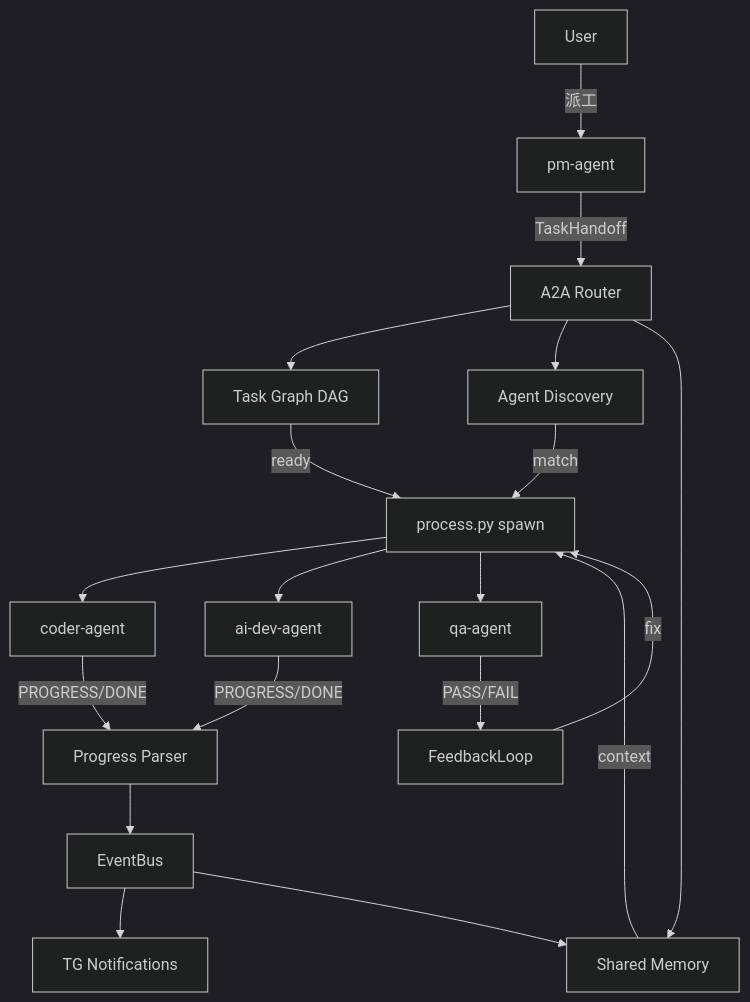
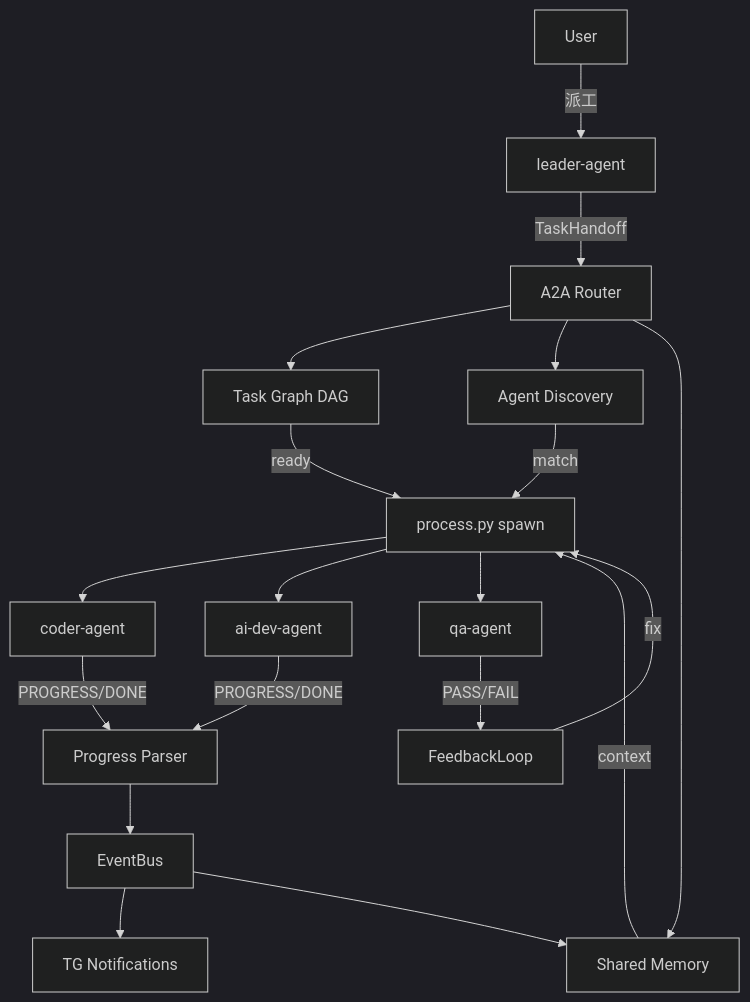
One commit to igs-paddyyang-tw/paddy-team-agent changed the diagram in docs/designs/a2a-collaboration-design.md. Above: the diagram before and after it, drawn with Mermaid (dark theme). The commit also changed other lines of this file and 124 other files, not shown here.

First line of the commit message:
refactor: rename pm-agent → leader-agent

````diff
--- a/docs/designs/a2a-collaboration-design.md
+++ b/docs/designs/a2a-collaboration-design.md
@@ -27,27 +27,27 @@
 ```mermaid
 graph TB
-    User -->|派工| Leader[pm-agent]
+    User -->|派工| Leader[leader-agent]
     Leader -->|TaskHandoff| Router[A2A Router]
     
     Router --> Graph[Task Graph DAG]
     Router --> Discovery[Agent Discovery]
     Router --> SM[Shared Memory]
     
     Graph -->|ready| Spawn[process.py spawn]
     Discovery -->|match| Spawn
     SM -->|context| Spawn
     
     Spawn --> Agent1[coder-agent]
     Spawn --> Agent2[ai-dev-agent]
     Spawn --> Agent3[qa-agent]
     
     Agent1 -->|PROGRESS/DONE| Parser[Progress Parser]
     Agent2 -->|PROGRESS/DONE| Parser
     Agent3 -->|PASS/FAIL| FeedbackLoop
     
     Parser --> EventBus
     FeedbackLoop -->|fix| Spawn
     
     EventBus --> TG[TG Notifications]
     EventBus --> SM
 ```
````
